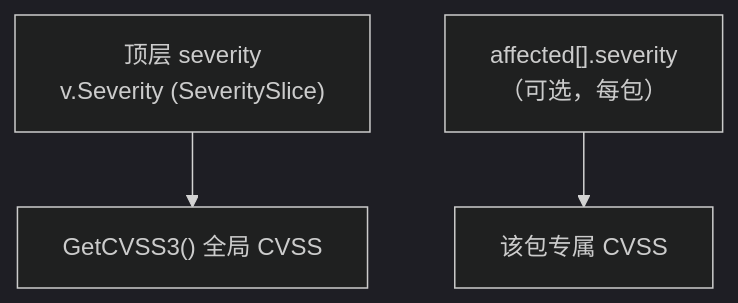
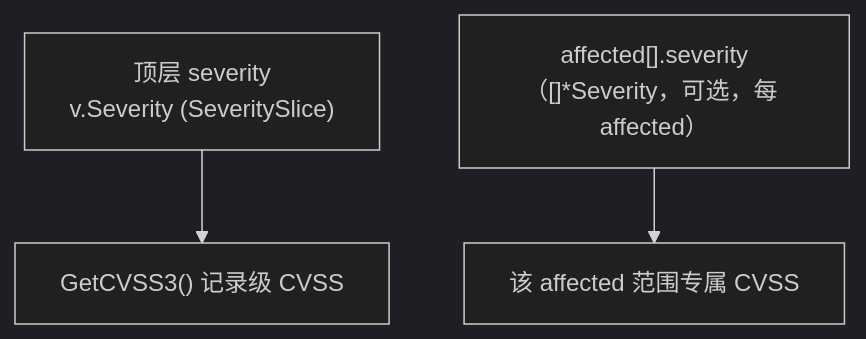
Before and after one commit to scagogogo/osv-schema-skills: the third of 4 diagrams in website/zh/guide/skills/severity.md, drawn with Mermaid (dark theme). The commit also changed other lines of this file and 1 other file, not shown here.

First line of the commit message:
docs(website): correct per-affected severity wording in severity skill (EN+ZH)

````diff
--- a/website/zh/guide/skills/severity.md
+++ b/website/zh/guide/skills/severity.md
@@ -68,5 +68,5 @@
 ```mermaid
 flowchart TD
-  TOP["顶层 severity<br/>v.Severity (SeveritySlice)"] --> G3["GetCVSS3() 全局 CVSS"]
-  AFF["affected[].severity<br/>（可选，每包）"] --> P3["该包专属 CVSS"]
+  TOP["顶层 severity<br/>v.Severity (SeveritySlice)"] --> G3["GetCVSS3() 记录级 CVSS"]
+  AFF["affected[].severity<br/>（[]*Severity，可选，每 affected）"] --> P3["该 affected 范围专属 CVSS"]
 ```
````
